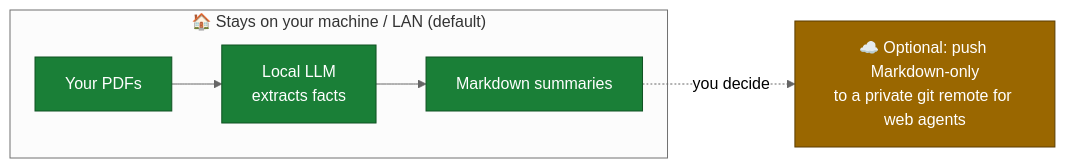
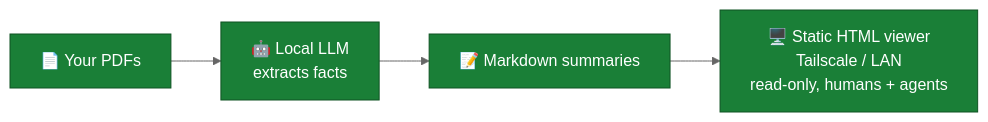
One commit to TuxLux40/smart-okf changed the third of 4 diagrams in README.md. Above: the diagram before and after it, drawn with Mermaid (neutral theme). The commit also changed other lines of this file and 12 other files, not shown here.

````diff
--- a/README.md
+++ b/README.md
@@ -140,13 +178,9 @@
 ```mermaid
 flowchart LR
-    subgraph home["🏠 Stays on your machine / LAN (default)"]
-        d["Your PDFs"] --> e["Local LLM<br/>extracts facts"]
-        e --> m["Markdown summaries"]
-    end
-    m -. "you decide" .-> cloud["☁️ Optional: push Markdown-only<br/>to a private git remote for web agents"]
+    d["📄 Your PDFs"] --> e["🤖 Local LLM<br/>extracts facts"]
+    e --> m["📝 Markdown summaries"]
+    m --> v["🖥️ Static HTML viewer<br/>Tailscale / LAN<br/>read-only, humans + agents"]
 
     classDef home fill:#1a7f37,stroke:#0f5323,color:#fff
-    classDef opt fill:#9a6700,stroke:#5c3d00,color:#fff
-    class d,e,m home
-    class cloud opt
+    class d,e,m,v home
 ```
````
